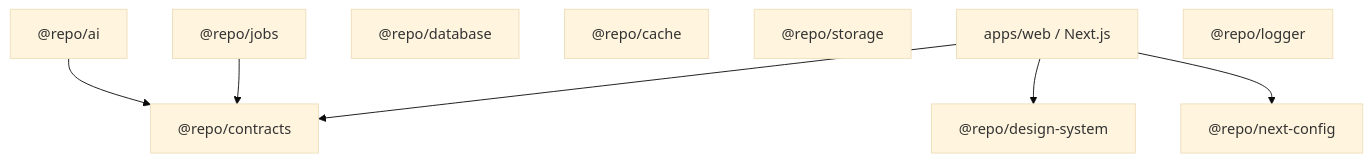
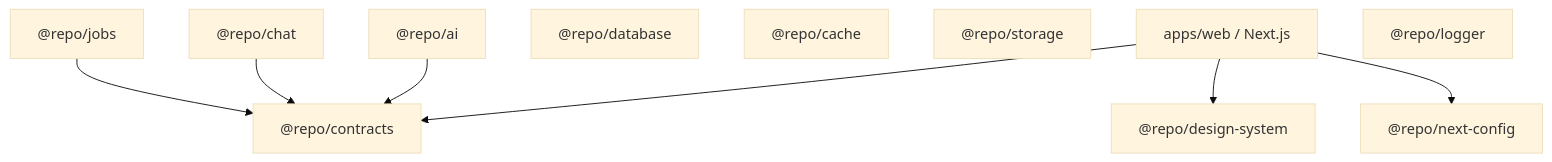
The first of 2 diagrams in design.md (Loosand/chat), drawn with Mermaid (base theme) before and after one commit. The commit also changed other lines of this file and 23 other files, not shown here.

````diff
--- a/design.md
+++ b/design.md
@@ -23,13 +23,14 @@
 ```mermaid
 flowchart TB
   Web["apps/web / Next.js"] --> Contracts["@repo/contracts"]
   Web --> UI["@repo/design-system"]
   Web --> Config["@repo/next-config"]
 
   AI["@repo/ai"] --> Contracts
+  Chat["@repo/chat"] --> Contracts
   Database["@repo/database"]
   Cache["@repo/cache"]
   Storage["@repo/storage"]
   Jobs["@repo/jobs"] --> Contracts
   Logger["@repo/logger"]
 ```
````
